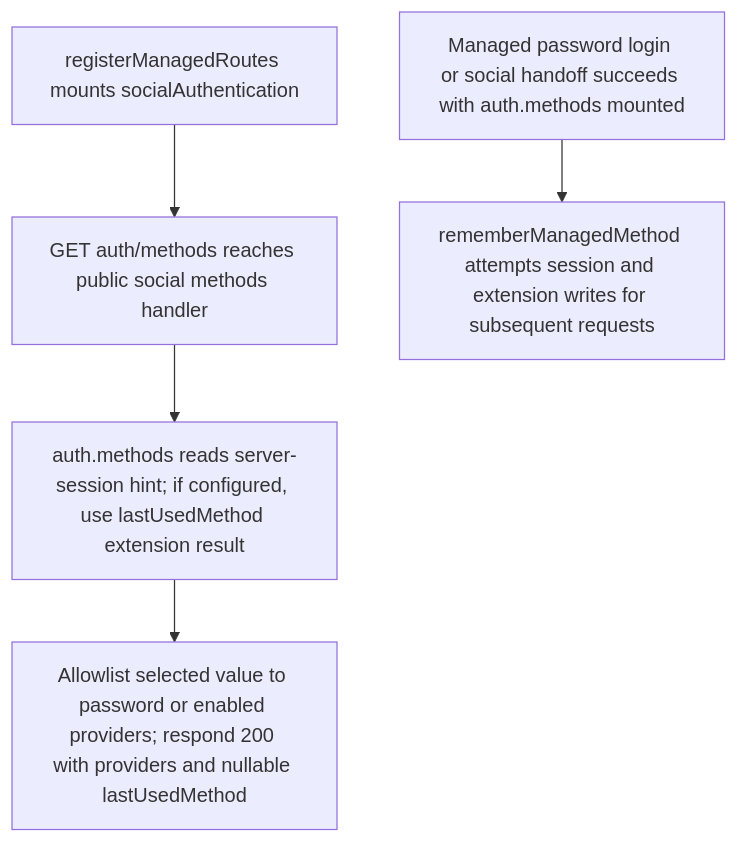
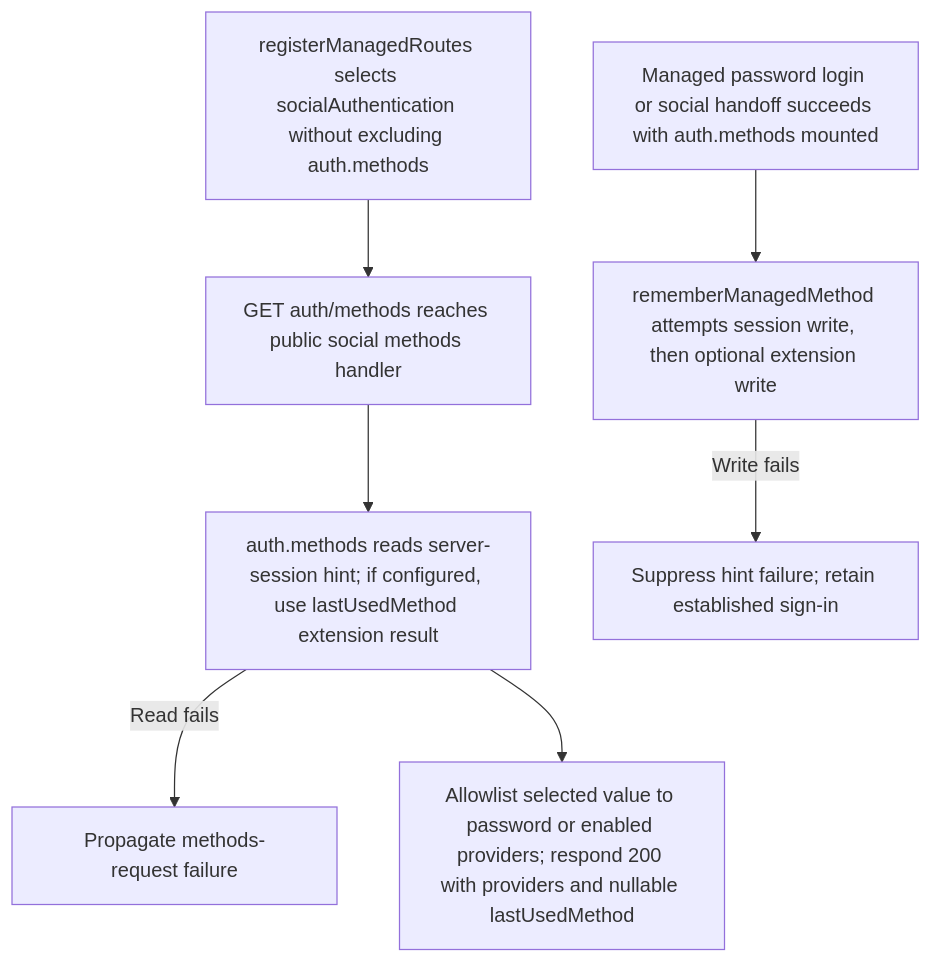
One commit to Kevinjohn/oss-adonisjs-account-kit changed the second of 2 diagrams in user-stories/US-ACCOUNT-59-discover-authentication-methods.md. Above: the diagram before and after it, drawn with Mermaid. The commit also changed other lines of this file and 42 other files, not shown here.

````diff
--- a/user-stories/US-ACCOUNT-59-discover-authentication-methods.md
+++ b/user-stories/US-ACCOUNT-59-discover-authentication-methods.md
@@ -32,7 +32,9 @@
 ```mermaid
 flowchart TD
-    A["registerManagedRoutes mounts socialAuthentication"] --> B["GET auth/methods reaches public social methods handler"]
+    A["registerManagedRoutes selects socialAuthentication without excluding auth.methods"] --> B["GET auth/methods reaches public social methods handler"]
     B --> D["auth.methods reads server-session hint; if configured, use lastUsedMethod extension result"]
+    D -->|Read fails| X["Propagate methods-request failure"]
     D --> C["Allowlist selected value to password or enabled providers; respond 200 with providers and nullable lastUsedMethod"]
-    P["Managed password login or social handoff succeeds with auth.methods mounted"] --> W["rememberManagedMethod attempts session and extension writes for subsequent requests"]
+    P["Managed password login or social handoff succeeds with auth.methods mounted"] --> W["rememberManagedMethod attempts session write, then optional extension write"]
+    W -->|Write fails| Y["Suppress hint failure; retain established sign-in"]
 ```
````
